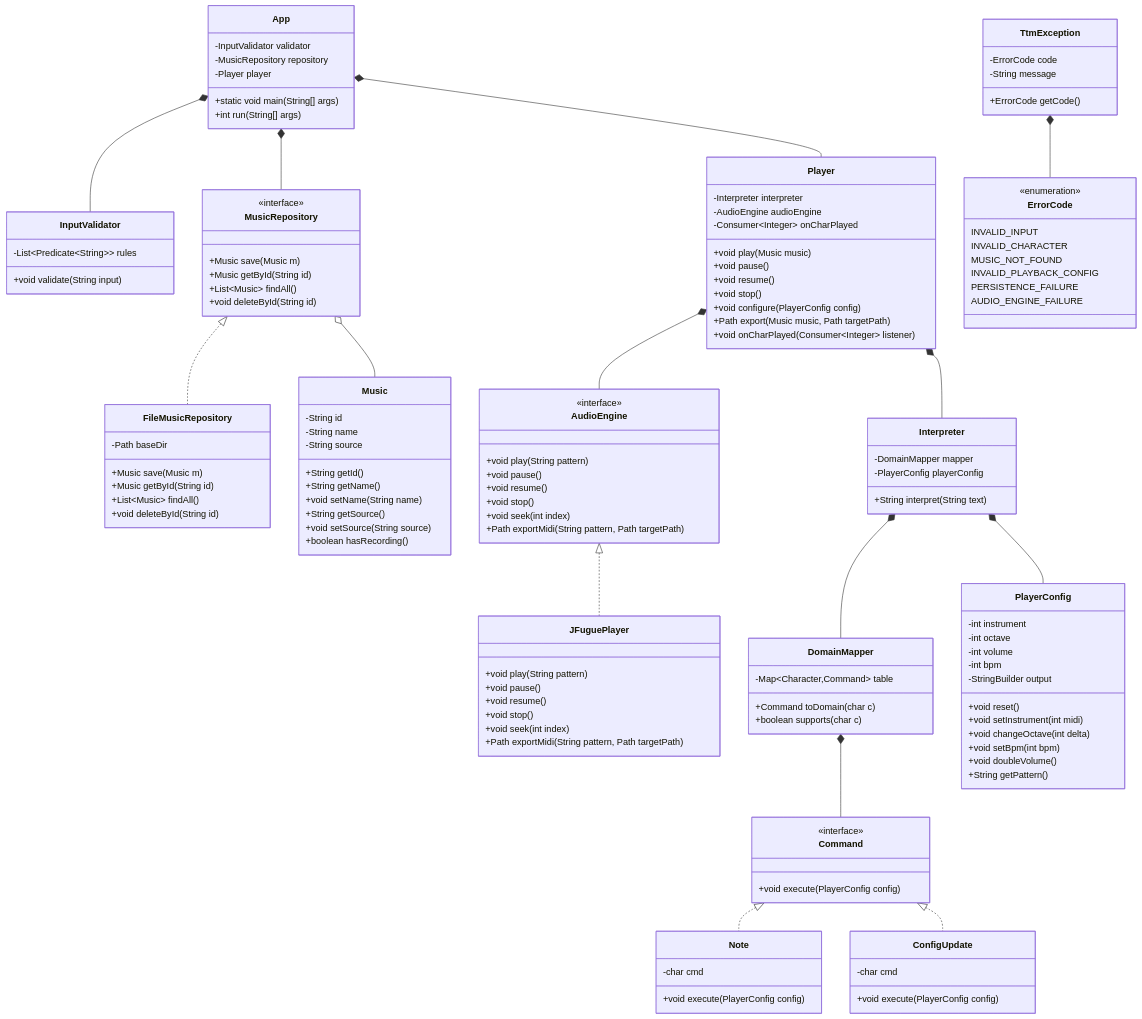
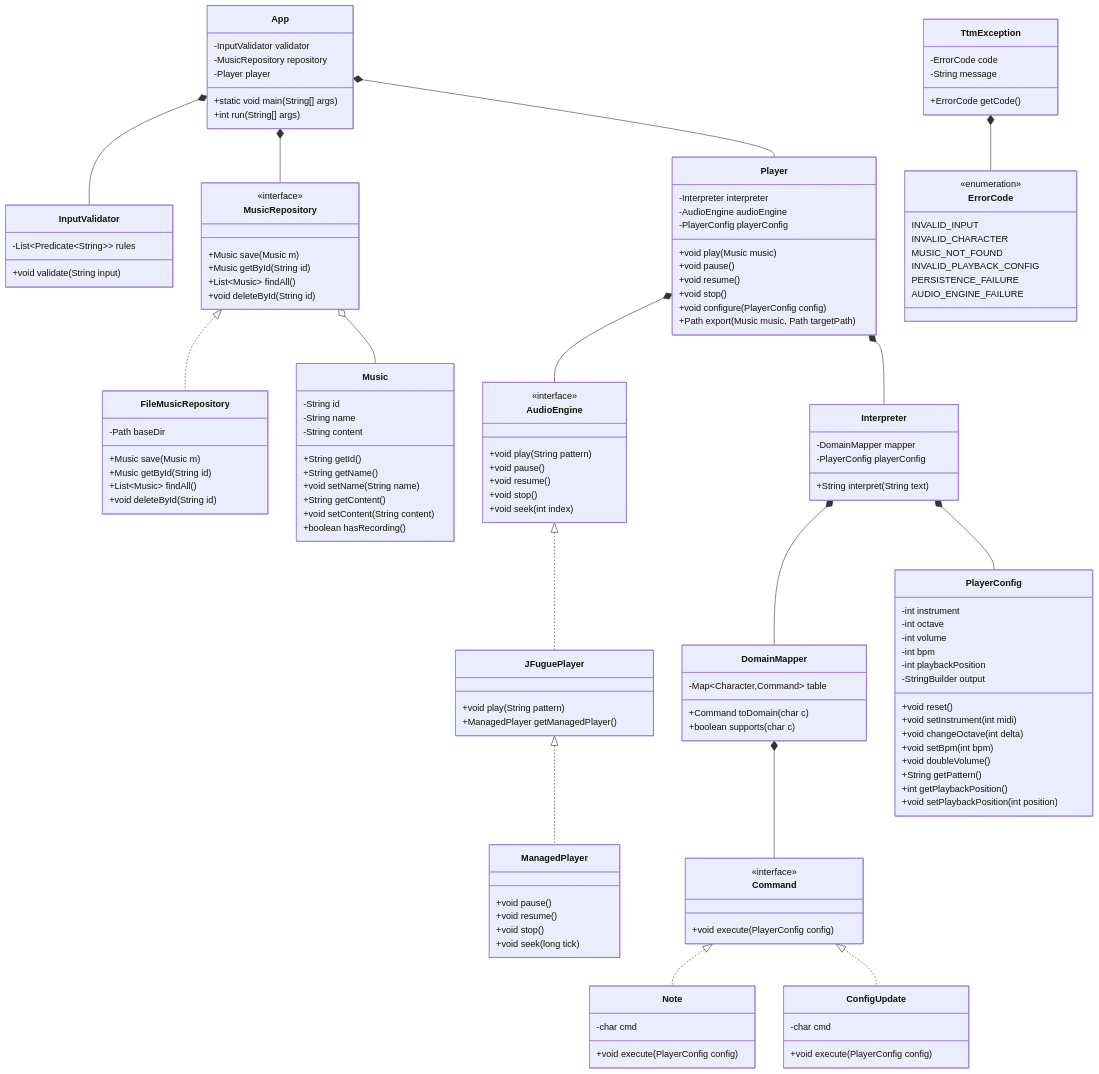
One commit to ExtremeNoHorse/inf01120-dev-sw changed the diagram in design/diagram.mmd. Above: the diagram before and after it, drawn with Mermaid.

Commit message:
updated design

```diff
--- a/design/diagram.mmd
+++ b/design/diagram.mmd
@@ -1,164 +1,176 @@
+---
+config:
+  theme: default
+---
 %% TTM - Diagrama refatorado (Fase 1)
 %% Original preservado em classes/diagram.mmd.
 %%
 %% Mudancas vs original (motivadas pelos resumos R01/R02/R03/Cap5-OOSC):
 %%   1. Menu vira App (unica classe UI/composition root; CLI hoje, GUI depois).
 %%   2. Interpreter dividido: Interpreter (char->pattern) + Player (executa).
 %%   3. AudioEngine interface esconde JFugue (info hiding R02) e expoe exportMidi.
 %%   4. MusicRepository vira interface; FileMusicRepository usa java.nio direto.
 %%   5. Command.execute(PlayerConfig) - sem acoplamento reverso.
 %%   6. TtmException + ErrorCode substituem varios exception types.
 %%   7. PlaybackListener = Consumer<Integer> do JDK (sem interface propria).
 %%   8. PlaybackParameters vira constantes em PlayerConfig.
 %%   9. Terminologia: Music (mockup) substitui Session.
 
 classDiagram
     App *-- InputValidator
     App *-- MusicRepository
     App *-- Player
 
     MusicRepository <|.. FileMusicRepository
     MusicRepository o-- Music
 
     Player *-- Interpreter
     Player *-- AudioEngine
+    JFuguePlayer <|.. ManagedPlayer
     AudioEngine <|.. JFuguePlayer
 
     Interpreter *-- DomainMapper
     Interpreter *-- PlayerConfig
 
     DomainMapper *-- Command
     Command <|.. Note
     Command <|.. ConfigUpdate
 
     TtmException *-- ErrorCode
 
     class App {
         -InputValidator validator
         -MusicRepository repository
         -Player player
         +static void main(String[] args)
         +int run(String[] args)
     }
 
     class InputValidator {
         -List~Predicate~String~~ rules
         +void validate(String input)
     }
 
     class MusicRepository {
         <<interface>>
         +Music save(Music m)
         +Music getById(String id)
         +List~Music~ findAll()
         +void deleteById(String id)
     }
 
     class FileMusicRepository {
         -Path baseDir
         +Music save(Music m)
         +Music getById(String id)
         +List~Music~ findAll()
         +void deleteById(String id)
     }
 
     class Music {
         -String id
         -String name
-        -String source
+        -String content
         +String getId()
         +String getName()
         +void setName(String name)
-        +String getSource()
-        +void setSource(String source)
+        +String getContent()
+        +void setContent(String content)
         +boolean hasRecording()
     }
 
     class Player {
         -Interpreter interpreter
         -AudioEngine audioEngine
-        -Consumer~Integer~ onCharPlayed
+        -PlayerConfig playerConfig
+        %% Caso o Pimenta comente sobre eventos
+        %% -Consumer~Integer~ onCharPlayed
         +void play(Music music)
         +void pause()
         +void resume()
         +void stop()
         +void configure(PlayerConfig config)
         +Path export(Music music, Path targetPath)
-        +void onCharPlayed(Consumer~Integer~ listener)
+        %% +void onCharPlayed(Consumer~Integer~ listener)
     }
 
     class Interpreter {
         -DomainMapper mapper
         -PlayerConfig playerConfig
         +String interpret(String text)
     }
 
     class DomainMapper {
         -Map~Character,Command~ table
         +Command toDomain(char c)
         +boolean supports(char c)
     }
 
     class Command {
         <<interface>>
         +void execute(PlayerConfig config)
     }
 
     class Note {
         -char cmd
         +void execute(PlayerConfig config)
     }
 
     class ConfigUpdate {
         -char cmd
         +void execute(PlayerConfig config)
     }
 
     class PlayerConfig {
         -int instrument
         -int octave
         -int volume
         -int bpm
+        -int playbackPosition
         -StringBuilder output
         +void reset()
         +void setInstrument(int midi)
         +void changeOctave(int delta)
         +void setBpm(int bpm)
         +void doubleVolume()
         +String getPattern()
+        +int getPlaybackPosition()
+        +void setPlaybackPosition(int position)
     }
 
     class AudioEngine {
         <<interface>>
         +void play(String pattern)
         +void pause()
         +void resume()
         +void stop()
         +void seek(int index)
-        +Path exportMidi(String pattern, Path targetPath)
     }
 
     class JFuguePlayer {
         +void play(String pattern)
+        +ManagedPlayer getManagedPlayer()
+    }
+
+    class ManagedPlayer {
         +void pause()
         +void resume()
         +void stop()
-        +void seek(int index)
-        +Path exportMidi(String pattern, Path targetPath)
+        +void seek(long tick)
     }
 
     class TtmException {
         -ErrorCode code
         -String message
         +ErrorCode getCode()
     }
 
     class ErrorCode {
         <<enumeration>>
         INVALID_INPUT
         INVALID_CHARACTER
         MUSIC_NOT_FOUND
         INVALID_PLAYBACK_CONFIG
         PERSISTENCE_FAILURE
         AUDIO_ENGINE_FAILURE
     }
```
